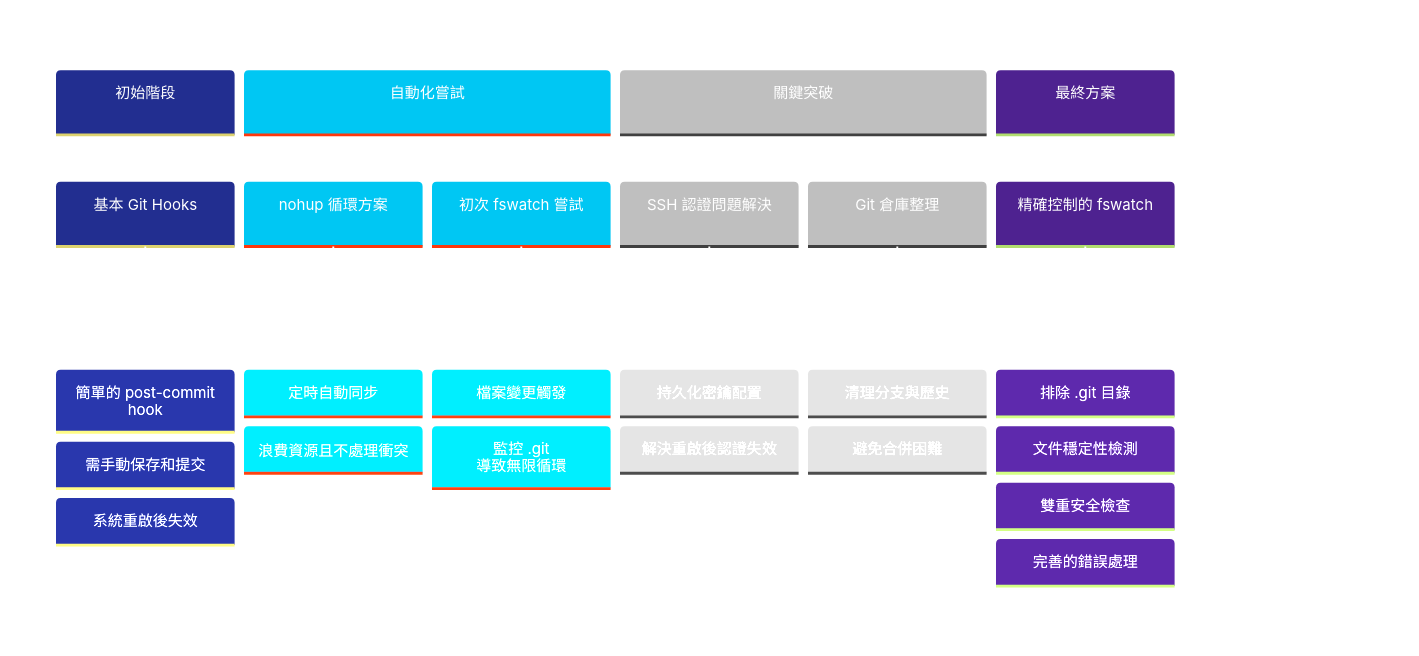
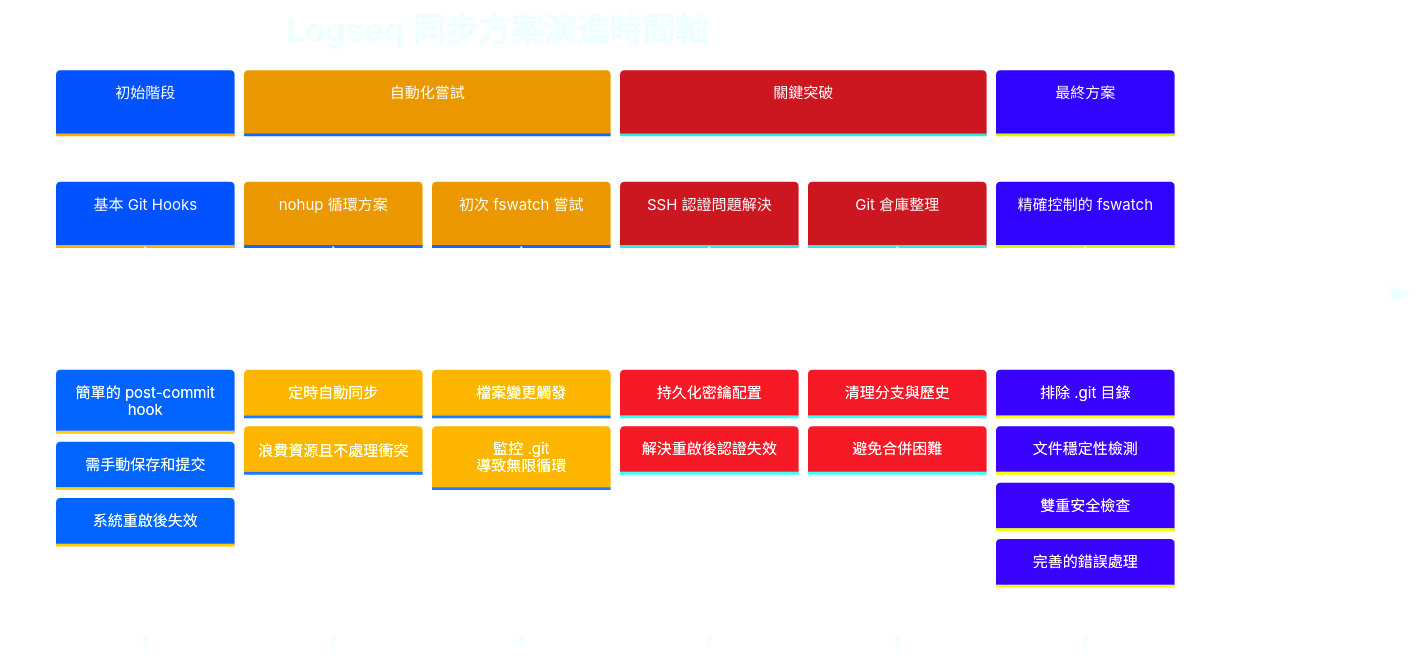
Before and after one commit to GengGeng026/Sync-Logseq: the first of 3 diagrams in Logseq同步方案演進記錄.md, drawn with Mermaid. The commit also changed other lines of this file, not shown here.

````diff
--- a/Logseq同步方案演進記錄.md
+++ b/Logseq同步方案演進記錄.md
@@ -20,24 +18,44 @@
 ```mermaid
-%%{init: {'theme': 'base', 'themeVariables': { 'primaryColor': '#5a67d8', 'primaryTextColor': '#fff', 'primaryBorderColor': '#5a67d8', 'lineColor': '#f5f5f5', 'secondaryColor': '#73e6ff', 'tertiaryColor': '#fff' }}}%%
+%%{init: {
+  'theme': 'base', 
+  'themeVariables': {
+    'primaryColor': '#82AAFF',
+    'primaryTextColor': '#FFFFFF',
+    'primaryBorderColor': '#82AAFF',
+    'lineColor': '#C792EA',
+    'secondaryColor': '#FFCB6B',
+    'tertiaryColor': '#F07178',
+    'background': 'transparent',
+    'textColor': '#EEFFFF',
+    'nodeBorder': '#89DDFF',
+    'clusterBkg': 'transparent',
+    'titleColor': '#EEFFFF',
+    'sectionBkgColor': '#273747',
+    'sectionBkgColor2': '#334455',
+    'sectionBkgColor3': '#3A4A5A',
+    'sectionBkgColor4': '#42546A',
+    'sectionBkgColor5': '#4B5E78'
+  }
+}}%%
 timeline
     title Logseq 同步方案演進時間軸
     section 初始階段
         基本 Git Hooks : 簡單的 post-commit hook
         : 需手動保存和提交
         : 系統重啟後失效
     section 自動化嘗試
         nohup 循環方案 : 定時自動同步
         : 浪費資源且不處理衝突
         初次 fswatch 嘗試 : 檔案變更觸發
         : 監控 .git 導致無限循環
     section 關鍵突破
         SSH 認證問題解決 : 持久化密鑰配置
         : 解決重啟後認證失效
         Git 倉庫整理 : 清理分支與歷史
         : 避免合併困難
     section 最終方案
         精確控制的 fswatch : 排除 .git 目錄
         : 文件穩定性檢測
         : 雙重安全檢查
         : 完善的錯誤處理
 ```
````
